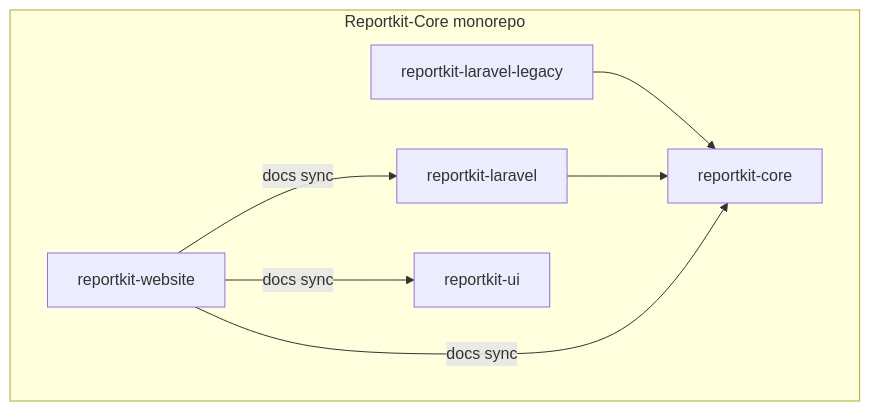
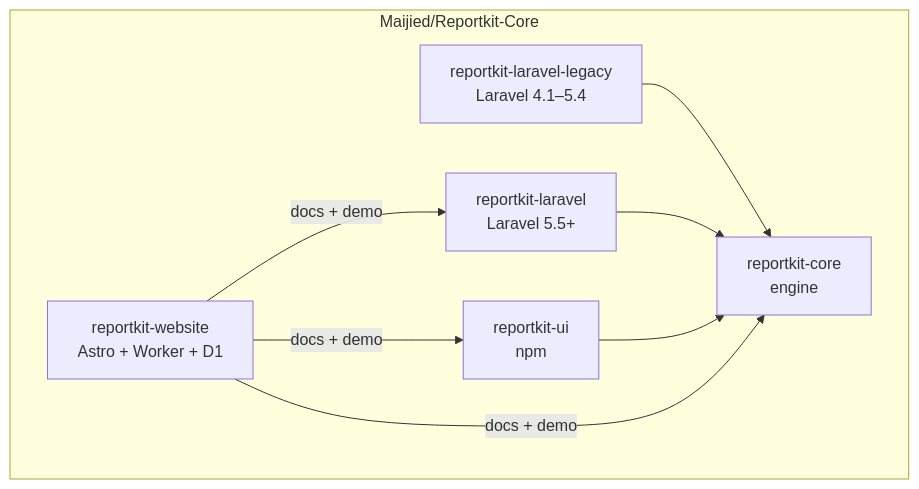
Before and after one commit to Maijied/Reportkit-Core: the second of 3 diagrams in README.md, drawn with Mermaid. The commit also changed other lines of this file and 23 other files, not shown here.

First line of the commit message:
feat(demo): research-scale dummy dual-D1 seed, README architecture, API domain

````diff
--- a/README.md
+++ b/README.md
@@ -22,15 +81,17 @@
 ```mermaid
 graph TB
-  subgraph mono ["Reportkit-Core monorepo"]
-    C["reportkit-core"]
-    LL["reportkit-laravel-legacy"]
-    L["reportkit-laravel"]
-    U["reportkit-ui"]
-    W["reportkit-website"]
+  subgraph mono ["Maijied/Reportkit-Core"]
+    C["reportkit-core<br/>engine"]
+    LL["reportkit-laravel-legacy<br/>Laravel 4.1–5.4"]
+    L["reportkit-laravel<br/>Laravel 5.5+"]
+    U["reportkit-ui<br/>npm"]
+    W["reportkit-website<br/>Astro + Worker + D1"]
   end
+
   LL --> C
   L --> C
-  W -->|docs sync| C
-  W -->|docs sync| L
-  W -->|docs sync| U
+  U --> C
+  W -->|docs + demo| C
+  W -->|docs + demo| L
+  W -->|docs + demo| U
 ```
````
